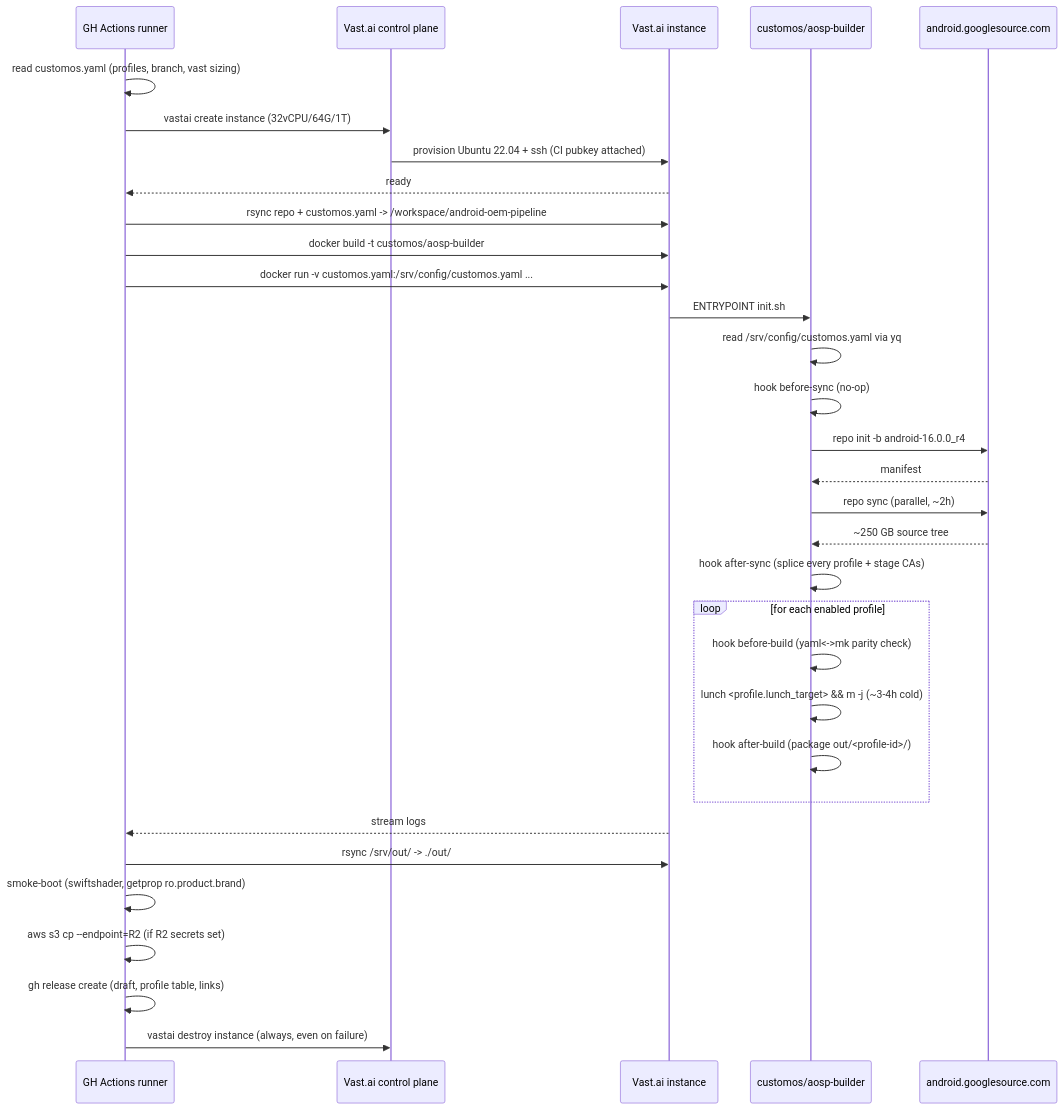
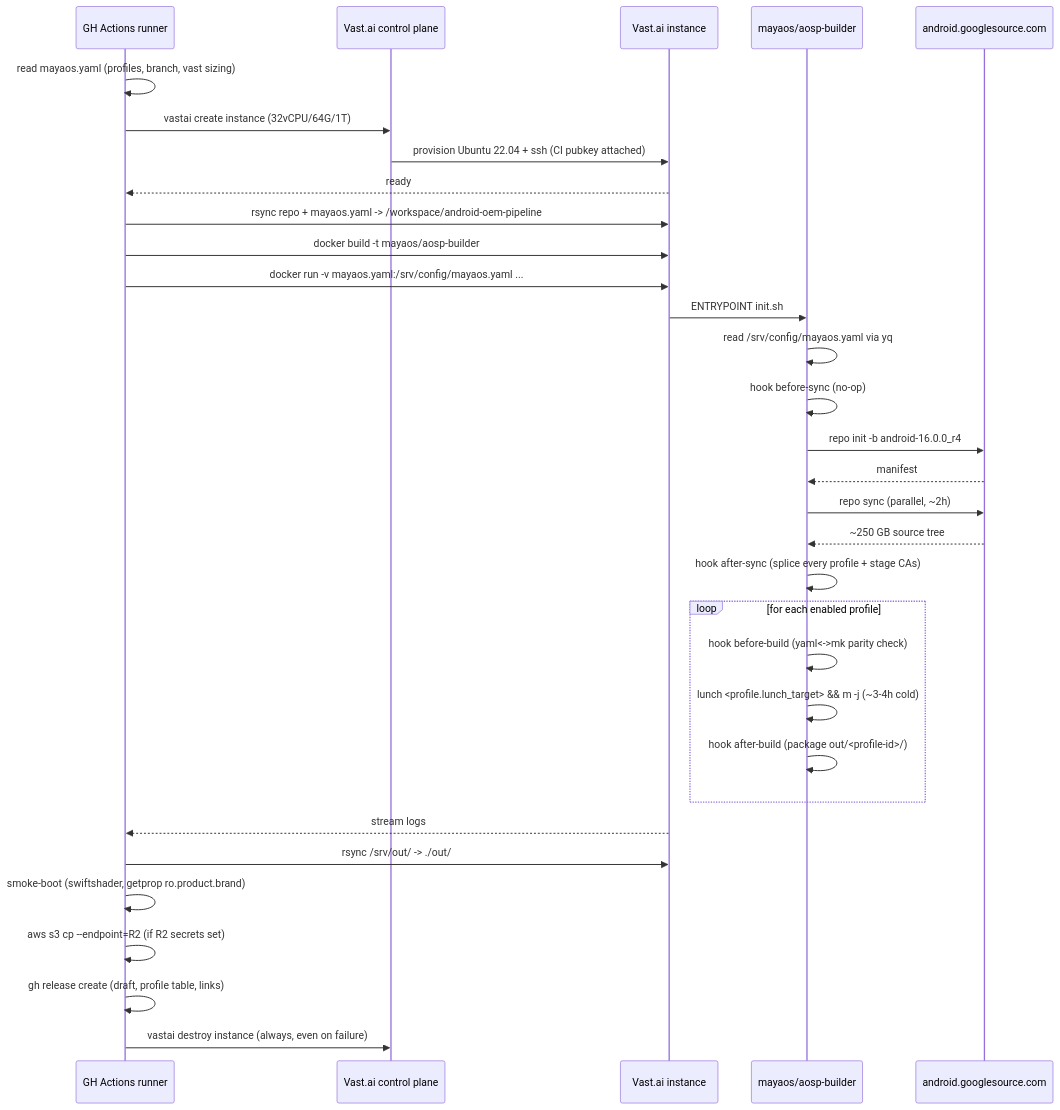
One commit to tech-sumit/android-oem-pipeline changed the third of 3 diagrams in docs/architecture.md. Above: the diagram before and after it, drawn with Mermaid. The commit also changed other lines of this file and 38 other files, not shown here.

````diff
--- a/docs/architecture.md
+++ b/docs/architecture.md
@@ -154,35 +154,35 @@
 ```mermaid
 sequenceDiagram
     participant CI as GH Actions runner
     participant Vast as Vast.ai control plane
     participant Inst as Vast.ai instance
-    participant Docker as customos/aosp-builder
+    participant Docker as mayaos/aosp-builder
     participant AOSP as android.googlesource.com
 
-    CI->>CI: read customos.yaml (profiles, branch, vast sizing)
+    CI->>CI: read mayaos.yaml (profiles, branch, vast sizing)
     CI->>Vast: vastai create instance (32vCPU/64G/1T)
     Vast->>Inst: provision Ubuntu 22.04 + ssh (CI pubkey attached)
     Inst-->>CI: ready
-    CI->>Inst: rsync repo + customos.yaml -> /workspace/android-oem-pipeline
-    CI->>Inst: docker build -t customos/aosp-builder
-    CI->>Inst: docker run -v customos.yaml:/srv/config/customos.yaml ...
+    CI->>Inst: rsync repo + mayaos.yaml -> /workspace/android-oem-pipeline
+    CI->>Inst: docker build -t mayaos/aosp-builder
+    CI->>Inst: docker run -v mayaos.yaml:/srv/config/mayaos.yaml ...
     Inst->>Docker: ENTRYPOINT init.sh
-    Docker->>Docker: read /srv/config/customos.yaml via yq
+    Docker->>Docker: read /srv/config/mayaos.yaml via yq
     Docker->>Docker: hook before-sync (no-op)
     Docker->>AOSP: repo init -b android-16.0.0_r4
     AOSP-->>Docker: manifest
     Docker->>AOSP: repo sync (parallel, ~2h)
     AOSP-->>Docker: ~250 GB source tree
     Docker->>Docker: hook after-sync (splice every profile + stage CAs)
     loop for each enabled profile
         Docker->>Docker: hook before-build (yaml<->mk parity check)
         Docker->>Docker: lunch <profile.lunch_target> && m -j (~3-4h cold)
         Docker->>Docker: hook after-build (package out/<profile-id>/)
     end
     Inst-->>CI: stream logs
     CI->>Inst: rsync /srv/out/ -> ./out/
     CI->>CI: smoke-boot (swiftshader, getprop ro.product.brand)
     CI->>CI: aws s3 cp --endpoint=R2 (if R2 secrets set)
     CI->>CI: gh release create (draft, profile table, links)
     CI->>Vast: vastai destroy instance (always, even on failure)
 ```
````
